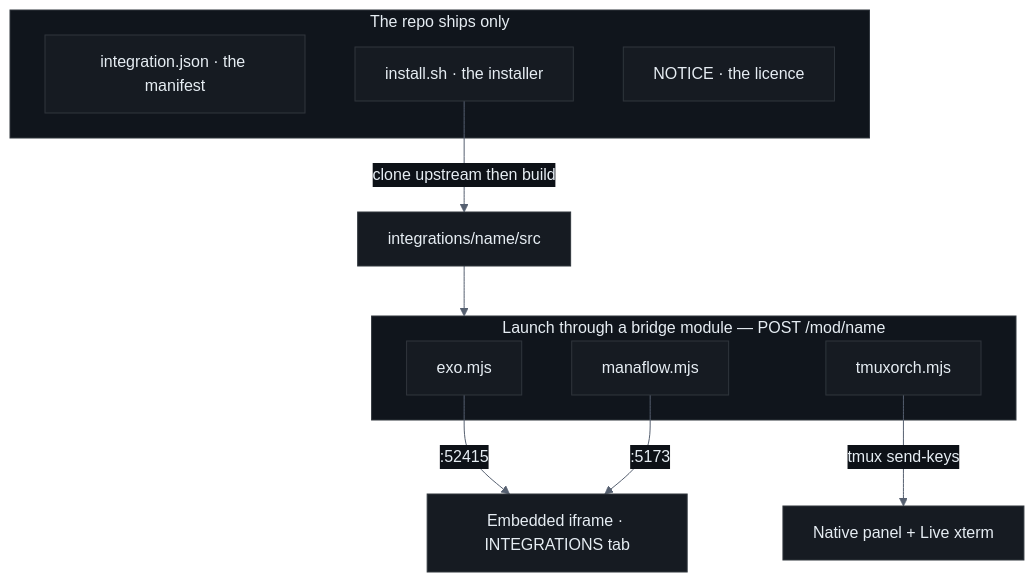
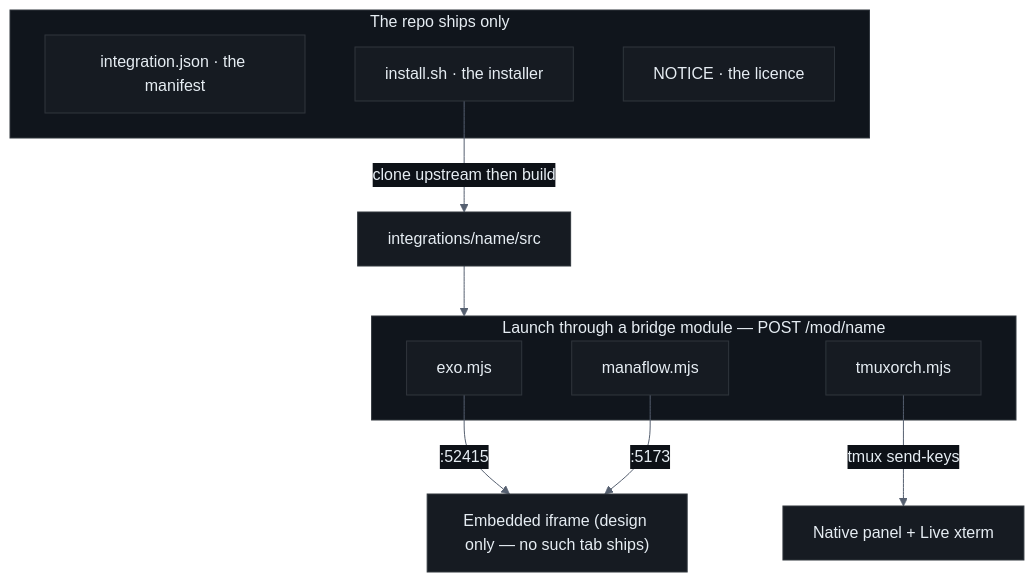
Before and after one commit to devclone20/cloneframe_app_executable: the eighth of 11 diagrams in docs/ARCHITECTURE.md, drawn with Mermaid. The commit also changed other lines of this file and 3 other files, not shown here.

````diff
--- a/docs/ARCHITECTURE.md
+++ b/docs/ARCHITECTURE.md
@@ -241,22 +242,22 @@
 ```mermaid
 %%{init: {'theme':'base','themeVariables':{'background':'#0d1117','mainBkg':'#161b22','primaryColor':'#161b22','primaryBorderColor':'#ff3b30','primaryTextColor':'#e6edf3','nodeBorder':'#30363d','nodeTextColor':'#e6edf3','lineColor':'#566070','secondaryColor':'#161b22','tertiaryColor':'#0d1117','clusterBkg':'#10151c','clusterBorder':'#30363d','titleColor':'#e6edf3','edgeLabelBackground':'#0d1117','fontFamily':'ui-monospace, SFMono-Regular, Menlo, monospace','actorBkg':'#161b22','actorBorder':'#ff3b30','actorTextColor':'#e6edf3','signalColor':'#8b949e','signalTextColor':'#c9d1d9','labelBoxBkgColor':'#161b22','labelBoxBorderColor':'#30363d','labelTextColor':'#e6edf3','loopTextColor':'#e6edf3','noteBkgColor':'#1c2028','noteBorderColor':'#e8b86d','noteTextColor':'#c9d1d9','activationBkgColor':'#30363d','activationBorderColor':'#8b949e','sequenceNumberColor':'#0d1117'}}}%%
 flowchart TB
     subgraph REPO["The repo ships only"]
         M["integration.json · the manifest"]
         S["install.sh · the installer"]
         N["NOTICE · the licence"]
     end
     S -->|"clone upstream then build"| SRC["integrations/name/src"]
 
     SRC --> LAUNCH
 
     subgraph LAUNCH["Launch through a bridge module — POST /mod/name"]
         EX["exo.mjs"]
         MA["manaflow.mjs"]
         TM["tmuxorch.mjs"]
     end
 
-    EX -->|":52415"| IFR["Embedded iframe · INTEGRATIONS tab"]
+    EX -->|":52415"| IFR["Embedded iframe (design only — no such tab ships)"]
     MA -->|":5173"| IFR
     TM -->|"tmux send-keys"| PNL["Native panel + Live xterm"]
 ```
````
